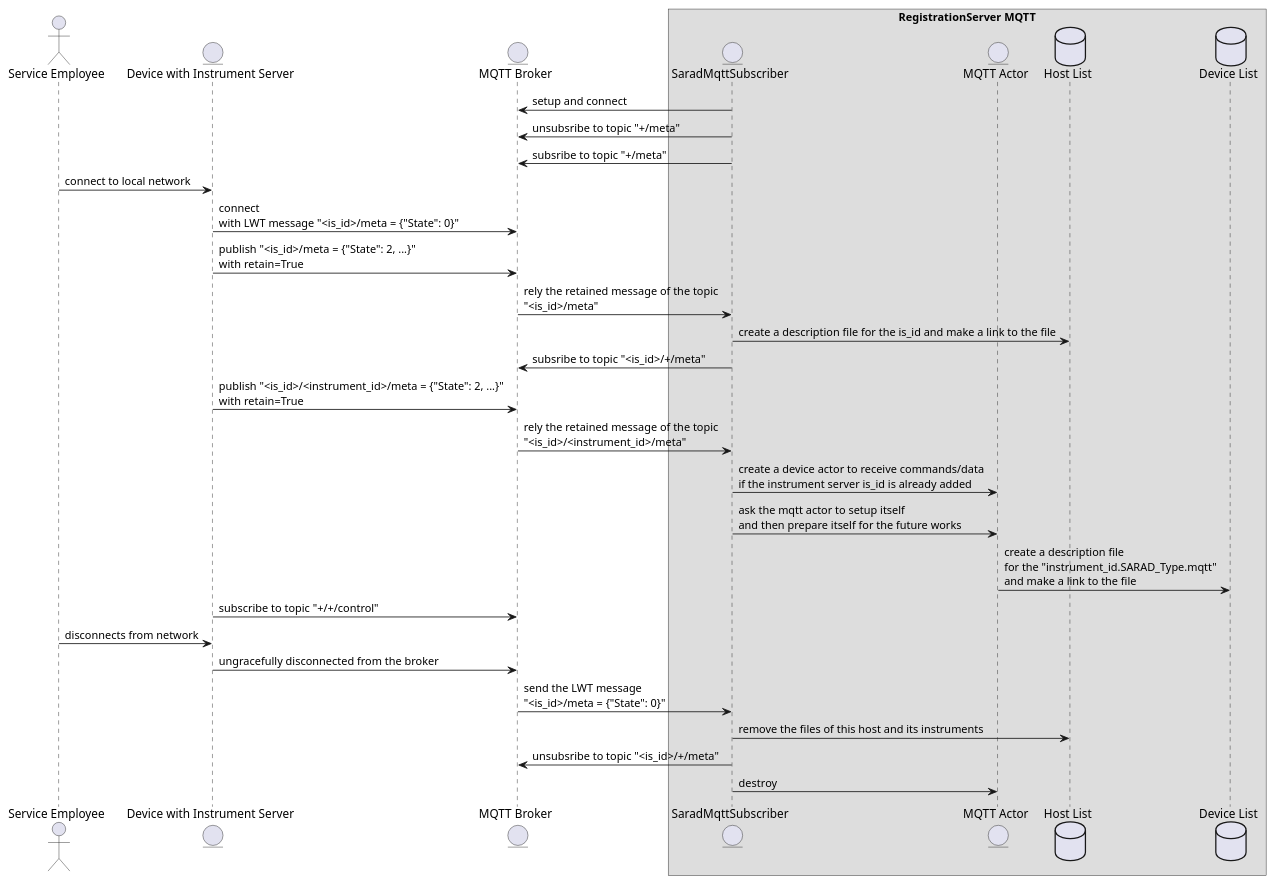
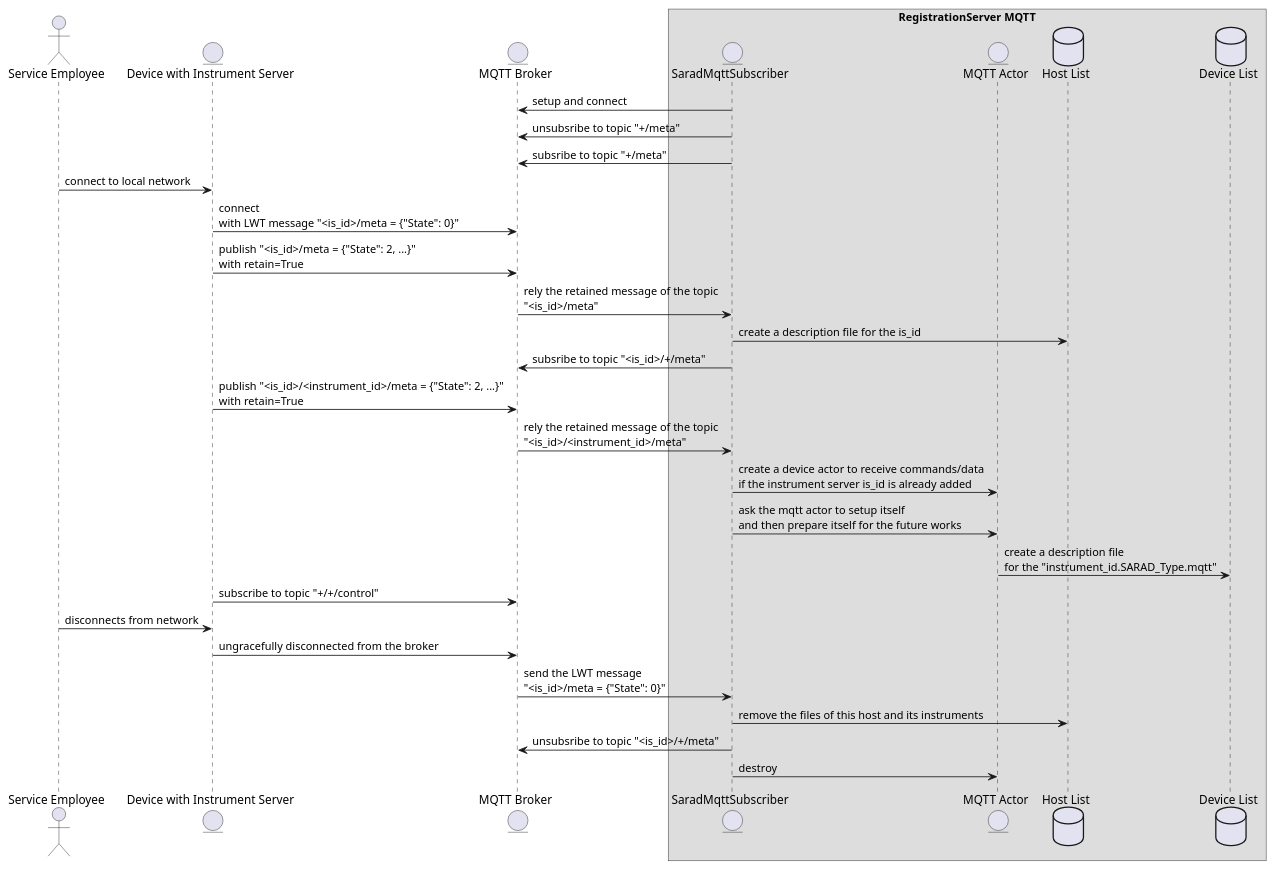
Before and after one commit to SARAD-GmbH/RegServer: the diagram in doc/source/uml-mqtt_subscriber.puml, drawn with PlantUML. The commit also changed 15 other files, not shown here.

```diff
--- a/doc/source/uml-mqtt_subscriber.puml
+++ b/doc/source/uml-mqtt_subscriber.puml
@@ -1,32 +1,32 @@
 @startuml
 actor "Service Employee" as user
 entity "Device with Instrument Server" as is_mqtt
 entity "MQTT Broker" as broker
 box "RegistrationServer MQTT"
 entity "SaradMqttSubscriber" as subscriber
 entity "MQTT Actor" as mqtt_actor
 database "Host List" as h_list
 database "Device List" as d_list
 end box
 subscriber -> broker : setup and connect
 subscriber -> broker : unsubsribe to topic "+/meta"
 subscriber -> broker : subsribe to topic "+/meta"
 user -> is_mqtt : connect to local network
 is_mqtt -> broker : connect\nwith LWT message "<is_id>/meta = {"State": 0}"
 is_mqtt -> broker : publish "<is_id>/meta = {"State": 2, ...}"\nwith retain=True
 broker -> subscriber : rely the retained message of the topic\n"<is_id>/meta"
-subscriber -> h_list : create a description file for the is_id and make a link to the file
+subscriber -> h_list : create a description file for the is_id
 subscriber -> broker : subsribe to topic "<is_id>/+/meta"
 is_mqtt -> broker : publish "<is_id>/<instrument_id>/meta = {"State": 2, ...}"\nwith retain=True
 broker -> subscriber : rely the retained message of the topic\n"<is_id>/<instrument_id>/meta"
 subscriber -> mqtt_actor : create a device actor to receive commands/data\nif the instrument server is_id is already added
 subscriber -> mqtt_actor : ask the mqtt actor to setup itself\nand then prepare itself for the future works
-mqtt_actor -> d_list : create a description file\nfor the "instrument_id.SARAD_Type.mqtt"\nand make a link to the file
+mqtt_actor -> d_list : create a description file\nfor the "instrument_id.SARAD_Type.mqtt"
 is_mqtt -> broker : subscribe to topic "+/+/control"
 user -> is_mqtt : disconnects from network
 is_mqtt -> broker : ungracefully disconnected from the broker
 broker -> subscriber : send the LWT message\n"<is_id>/meta = {"State": 0}"
 subscriber -> h_list : remove the files of this host and its instruments
 subscriber -> broker : unsubsribe to topic "<is_id>/+/meta"
 subscriber -> mqtt_actor: destroy
 @enduml
```
